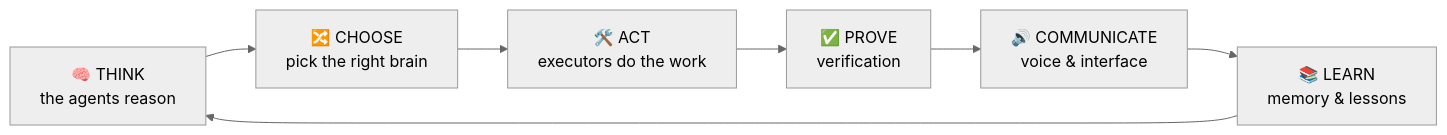
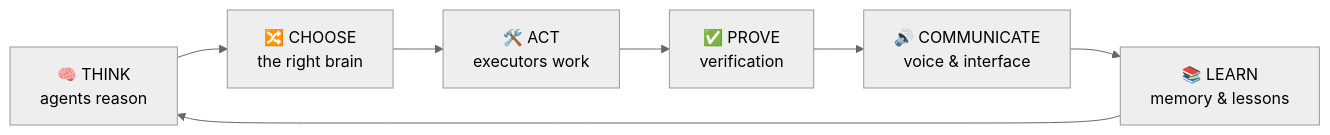
The first of 3 diagrams in docs/en/design.md (Dow08/OS-Agentique_showcase), drawn with Mermaid (neutral theme) before and after one commit. The commit also changed other lines of this file and 50 other files, not shown here.

````diff
--- a/docs/en/design.md
+++ b/docs/en/design.md
@@ -21,9 +21,9 @@
 ```mermaid
 flowchart LR
-    T["🧠 THINK<br/>the agents reason"] --> C["🔀 CHOOSE<br/>pick the right brain"]
-    C --> A["🛠️ ACT<br/>executors do the work"]
+    T["🧠 THINK<br/>agents reason"] --> C["🔀 CHOOSE<br/>the right brain"]
+    C --> A["🛠️ ACT<br/>executors work"]
     A --> P["✅ PROVE<br/>verification"]
     P --> CO["🔊 COMMUNICATE<br/>voice & interface"]
     CO --> L["📚 LEARN<br/>memory & lessons"]
     L --> T
 ```
````
